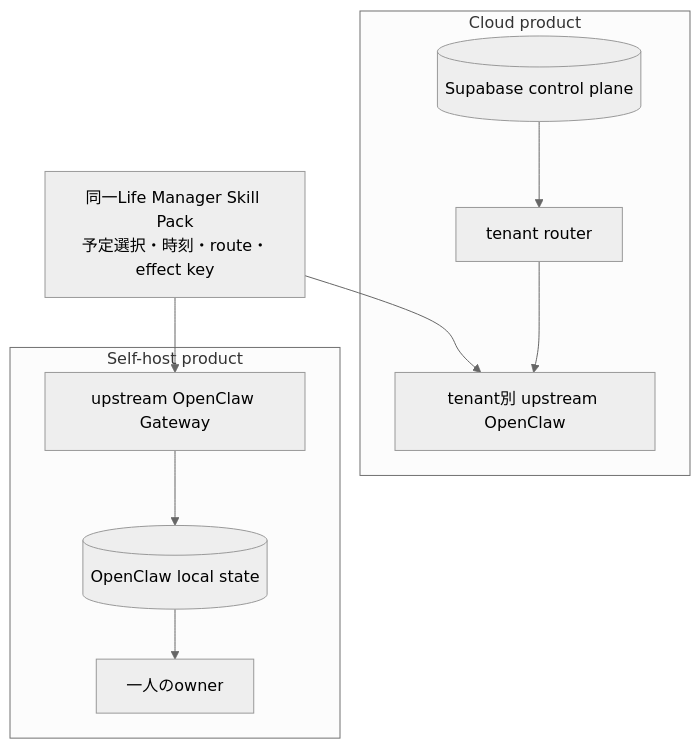
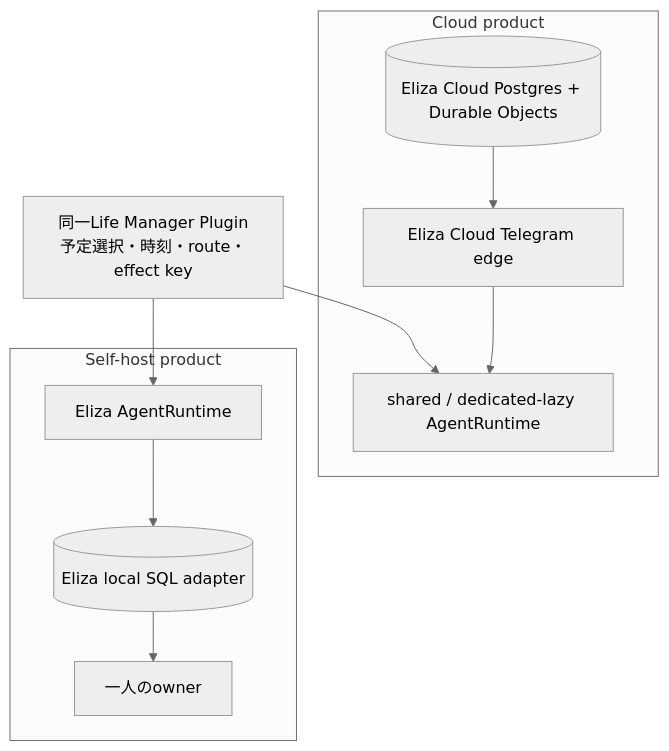
One commit to Daisuke134/anicca changed the sixth of 11 diagrams in docs/superpowers/specs/2026-08-28-life-manager-cloud-telegram-product-ux-design.md. Above: the diagram before and after it, drawn with Mermaid (neutral theme). The commit also changed other lines of this file and 1 other file, not shown here.

Commit message:
docs(life-manager): select ElizaOS after code audit

````diff
--- a/docs/superpowers/specs/2026-08-28-life-manager-cloud-telegram-product-ux-design.md
+++ b/docs/superpowers/specs/2026-08-28-life-manager-cloud-telegram-product-ux-design.md
@@ -293,21 +310,21 @@
 ```mermaid
 flowchart TB
-  SHARED[同一Life Manager Skill Pack\n予定選択・時刻・route・effect key]
+  SHARED[同一Life Manager Plugin\n予定選択・時刻・route・effect key]
 
   subgraph HOSTED[Cloud product]
-    ROUTER[tenant router]
-    PODS[tenant別 upstream OpenClaw]
-    SUPA[(Supabase control plane)]
+    EDGE[Eliza Cloud Telegram edge]
+    PODS[shared / dedicated-lazy AgentRuntime]
+    SQL[(Eliza Cloud Postgres + Durable Objects)]
   end
 
   subgraph LOCAL[Self-host product]
-    DAEMON[upstream OpenClaw Gateway]
-    LSTATE[(OpenClaw local state)]
+    DAEMON[Eliza AgentRuntime]
+    LSTATE[(Eliza local SQL adapter)]
     ONE[一人のowner]
   end
 
   SHARED --> PODS
-  ROUTER --> PODS
-  SUPA --> ROUTER
+  EDGE --> PODS
+  SQL --> EDGE
   SHARED --> DAEMON --> LSTATE --> ONE
 ```
````
